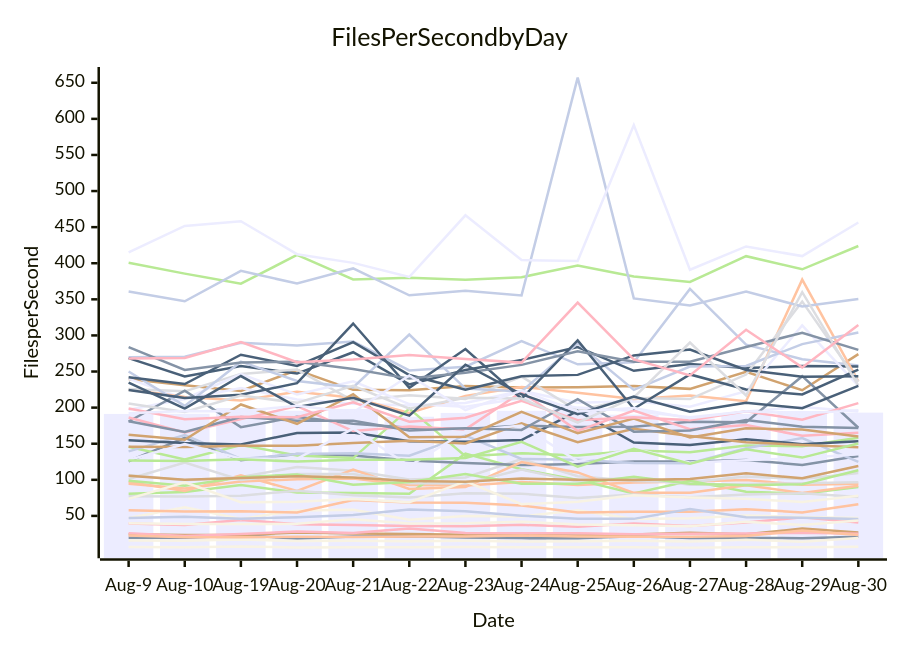
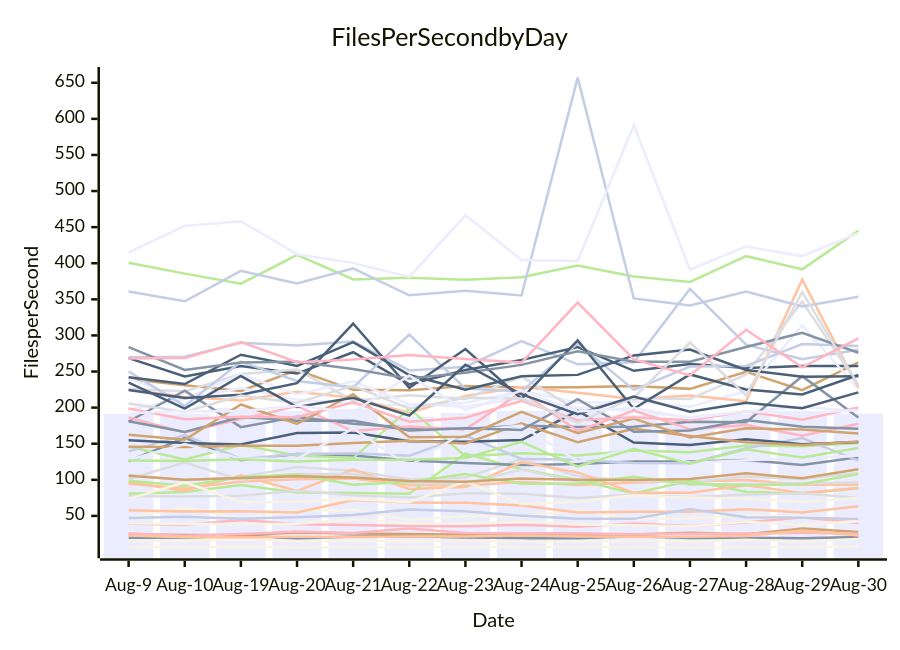
Before and after one commit to streetsidesoftware/cspell: the diagram in perf-report.md, drawn with Mermaid. The commit also changed other lines of this file and 2 other files, not shown here.

````diff
--- a/perf-report.md
+++ b/perf-report.md
@@ -11,57 +11,57 @@
 ```mermaid
 xychart-beta
     title Files Per Second by Day
     y-axis Files per Second
     x-axis Date [Aug-9, Aug-10, Aug-19, Aug-20, Aug-21, Aug-22, Aug-23, Aug-24, Aug-25, Aug-26, Aug-27, Aug-28, Aug-29, Aug-30]
-    bar [191.27, 191.48, 199.45, 195.67, 198.22, 187.40, 192.61, 195.61, 200.69, 190.24, 185.15, 191.23, 195.37, 193.07]
-    line [19.76, 19.87, 23.15, 18.80, 21.30, 21.70, 20.11, 19.24, 18.97, 21.74, 19.44, 19.50, 19.20, 21.11]
-    line [94.45, 88.13, 97.66, 100.71, 101.93, 92.80, 92.11, 97.07, 92.83, 96.14, 97.78, 99.79, 92.99, 94.51]
-    line [106.66, 99.38, 103.80, 117.71, 112.47, 100.50, 103.30, 128.71, 104.89, 98.28, 96.78, 104.60, 101.13, 109.36]
-    line [80.61, 83.15, 92.81, 82.44, 81.86, 80.75, 136.22, 114.72, 99.92, 81.00, 98.60, 83.62, 80.81, 90.17]
-    line [239.79, 231.09, 223.10, 252.00, 224.60, 224.17, 230.06, 227.93, 228.22, 229.99, 225.97, 249.68, 224.12, 274.11]
-    line [269.81, 270.47, 289.77, 286.14, 291.59, 251.52, 256.69, 292.19, 260.02, 262.94, 364.38, 287.21, 267.07, 258.44]
-    line [39.52, 37.52, 44.46, 38.46, 37.42, 35.96, 35.65, 37.61, 34.82, 39.47, 36.12, 40.86, 48.01, 41.02]
-    line [268.54, 243.09, 257.77, 247.18, 276.72, 232.23, 252.08, 266.01, 283.94, 251.01, 260.27, 254.92, 257.60, 257.07]
-    line [6.78, 6.60, 7.51, 6.38, 6.72, 6.55, 6.77, 6.55, 6.58, 6.64, 6.06, 6.53, 6.57, 7.29]
-    line [240.17, 211.99, 227.00, 211.38, 205.51, 203.10, 206.43, 223.33, 206.89, 208.72, 201.20, 222.72, 313.85, 230.17]
-    line [125.68, 158.27, 127.25, 135.61, 133.76, 126.70, 123.28, 120.42, 121.90, 125.42, 125.26, 127.33, 120.64, 133.06]
-    line [225.24, 214.74, 210.02, 221.88, 213.58, 192.56, 216.27, 228.68, 220.47, 211.98, 216.89, 208.83, 377.28, 236.35]
-    line [225.91, 222.58, 246.74, 252.74, 209.47, 217.12, 212.13, 242.98, 195.81, 213.43, 211.78, 245.83, 346.89, 235.91]
-    line [145.75, 128.32, 148.05, 133.76, 130.09, 198.58, 132.66, 136.89, 133.84, 140.74, 138.14, 147.54, 146.55, 158.33]
-    line [24.65, 23.72, 23.68, 26.94, 25.51, 24.79, 23.76, 23.53, 22.75, 24.32, 26.78, 24.44, 32.43, 27.16]
-    line [139.45, 161.93, 128.87, 135.71, 136.66, 133.36, 161.38, 128.87, 127.62, 123.35, 123.11, 143.71, 157.94, 124.91]
-    line [25.95, 22.03, 24.86, 28.29, 26.21, 32.71, 26.20, 26.09, 26.00, 24.43, 25.37, 25.72, 26.51, 25.43]
-    line [154.75, 150.93, 149.02, 164.86, 165.64, 153.35, 152.64, 155.02, 195.52, 151.70, 148.17, 156.31, 149.39, 153.30]
-    line [15.80, 15.53, 17.25, 15.28, 15.49, 14.84, 15.46, 14.39, 15.01, 15.63, 14.69, 17.08, 14.10, 19.31]
-    line [196.97, 211.99, 246.59, 218.10, 236.31, 204.94, 201.38, 212.81, 200.01, 195.34, 186.50, 194.59, 201.00, 194.59]
-    line [180.75, 223.35, 172.94, 187.16, 177.68, 172.01, 170.49, 175.09, 173.22, 173.59, 180.48, 179.74, 243.56, 172.13]
-    line [96.93, 84.41, 106.12, 84.61, 114.12, 87.31, 89.99, 124.55, 110.24, 81.92, 82.24, 92.49, 81.67, 91.81]
-    line [77.16, 76.75, 77.91, 84.91, 78.76, 75.34, 81.46, 80.77, 74.97, 79.78, 75.90, 79.64, 81.40, 76.15]
-    line [400.74, 385.62, 371.65, 411.46, 377.61, 379.88, 377.18, 380.64, 396.91, 381.52, 374.08, 409.79, 391.59, 423.86]
-    line [145.79, 145.58, 147.10, 147.08, 151.07, 153.94, 150.27, 178.09, 152.08, 170.66, 160.71, 152.01, 148.28, 144.95]
-    line [249.96, 202.34, 263.67, 236.99, 228.06, 301.20, 226.40, 222.40, 289.06, 224.56, 256.87, 257.70, 287.97, 304.07]
-    line [186.27, 165.43, 184.07, 202.12, 167.51, 173.85, 169.85, 221.75, 167.75, 195.90, 170.00, 175.89, 161.05, 165.11]
-    line [224.37, 213.27, 217.89, 233.79, 316.48, 227.32, 281.23, 212.31, 293.11, 198.49, 245.94, 225.24, 218.17, 252.69]
-    line [47.00, 61.84, 45.89, 57.63, 58.67, 44.77, 49.92, 49.06, 57.90, 45.60, 46.71, 50.51, 48.37, 46.96]
-    line [127.47, 149.55, 129.16, 129.10, 170.99, 119.13, 167.47, 175.06, 125.57, 143.51, 123.67, 127.21, 130.16, 135.32]
-    line [181.18, 166.12, 186.93, 181.85, 181.88, 168.34, 171.35, 169.12, 211.70, 166.64, 168.34, 182.86, 173.63, 171.74]
-    line [57.90, 56.15, 56.35, 54.76, 71.89, 68.47, 68.09, 64.39, 54.76, 55.64, 55.71, 59.28, 54.85, 66.27]
-    line [101.07, 123.80, 99.87, 108.06, 107.98, 95.34, 94.96, 114.12, 97.84, 103.09, 93.25, 94.27, 95.28, 96.69]
-    line [98.84, 91.76, 103.43, 107.49, 93.08, 97.11, 107.90, 94.53, 94.47, 104.38, 94.67, 92.38, 93.95, 113.24]
-    line [162.48, 155.40, 204.32, 177.59, 218.64, 159.00, 159.79, 194.26, 164.45, 184.75, 158.60, 171.47, 169.60, 160.03]
-    line [360.76, 347.31, 389.41, 371.89, 392.82, 355.53, 361.83, 355.43, 657.12, 351.25, 341.51, 360.76, 340.11, 350.62]
-    line [198.91, 184.05, 187.41, 186.67, 207.48, 180.49, 185.92, 209.38, 182.67, 186.49, 182.43, 194.97, 183.27, 206.19]
-    line [242.10, 232.62, 273.32, 257.69, 290.62, 245.10, 224.83, 243.49, 245.36, 272.30, 280.33, 252.18, 242.64, 243.56]
-    line [73.60, 96.61, 68.89, 69.48, 73.38, 68.77, 97.84, 66.15, 69.59, 78.77, 75.57, 73.80, 69.15, 77.78]
-    line [415.14, 451.69, 458.22, 412.53, 400.53, 380.98, 466.37, 404.40, 403.18, 591.49, 390.96, 423.25, 409.89, 456.41]
-    line [283.77, 252.09, 262.36, 263.68, 253.37, 240.18, 248.22, 259.20, 278.18, 263.50, 263.68, 284.05, 303.63, 279.94]
-    line [22.84, 20.59, 20.47, 21.22, 20.90, 21.42, 21.40, 22.88, 21.36, 21.22, 21.19, 22.04, 29.75, 23.68]
-    line [205.56, 193.98, 216.67, 206.61, 230.20, 198.53, 213.69, 212.64, 179.07, 214.07, 290.22, 216.81, 359.94, 230.44]
-    line [126.64, 126.17, 128.45, 125.27, 127.94, 127.77, 130.20, 152.67, 118.34, 143.02, 122.15, 142.33, 130.77, 150.29]
-    line [105.46, 100.11, 102.43, 104.89, 103.21, 98.21, 97.36, 101.78, 100.00, 99.58, 101.28, 109.08, 102.06, 119.25]
-    line [47.26, 48.66, 46.00, 48.26, 51.42, 58.83, 56.30, 50.38, 45.97, 45.91, 59.43, 48.16, 47.53, 45.73]
-    line [268.09, 268.70, 290.78, 262.94, 266.60, 272.93, 267.45, 262.37, 345.57, 266.69, 244.68, 307.76, 255.74, 314.42]
-    line [234.76, 198.61, 243.75, 200.90, 213.71, 188.91, 259.37, 218.53, 190.79, 215.33, 194.36, 206.72, 199.24, 230.04]
-    line [39.98, 38.63, 38.64, 39.11, 45.24, 39.50, 39.66, 42.07, 38.23, 36.94, 35.58, 41.81, 37.53, 43.79]
-    line [192.03, 195.48, 194.87, 202.54, 193.62, 244.63, 196.70, 223.56, 194.58, 199.46, 185.25, 194.89, 191.72, 196.44]
+    bar [191.27, 191.48, 199.45, 195.67, 198.22, 187.40, 192.61, 195.61, 200.69, 190.24, 185.15, 191.23, 195.37, 191.74]
+    line [19.76, 19.87, 23.15, 18.80, 21.30, 21.70, 20.11, 19.24, 18.97, 21.74, 19.44, 19.50, 19.20, 20.73]
+    line [94.45, 88.13, 97.66, 100.71, 101.93, 92.80, 92.11, 97.07, 92.83, 96.14, 97.78, 99.79, 92.99, 93.36]
+    line [106.66, 99.38, 103.80, 117.71, 112.47, 100.50, 103.30, 128.71, 104.89, 98.28, 96.78, 104.60, 101.13, 109.45]
+    line [80.61, 83.15, 92.81, 82.44, 81.86, 80.75, 136.22, 114.72, 99.92, 81.00, 98.60, 83.62, 80.81, 88.25]
+    line [239.79, 231.09, 223.10, 252.00, 224.60, 224.17, 230.06, 227.93, 228.22, 229.99, 225.97, 249.68, 224.12, 262.60]
+    line [269.81, 270.47, 289.77, 286.14, 291.59, 251.52, 256.69, 292.19, 260.02, 262.94, 364.38, 287.21, 267.07, 280.17]
+    line [39.52, 37.52, 44.46, 38.46, 37.42, 35.96, 35.65, 37.61, 34.82, 39.47, 36.12, 40.86, 48.01, 40.27]
+    line [268.54, 243.09, 257.77, 247.18, 276.72, 232.23, 252.08, 266.01, 283.94, 251.01, 260.27, 254.92, 257.60, 257.72]
+    line [6.78, 6.60, 7.51, 6.38, 6.72, 6.55, 6.77, 6.55, 6.58, 6.64, 6.06, 6.53, 6.57, 7.52]
+    line [240.17, 211.99, 227.00, 211.38, 205.51, 203.10, 206.43, 223.33, 206.89, 208.72, 201.20, 222.72, 313.85, 225.83]
+    line [125.68, 158.27, 127.25, 135.61, 133.76, 126.70, 123.28, 120.42, 121.90, 125.42, 125.26, 127.33, 120.64, 131.40]
+    line [225.24, 214.74, 210.02, 221.88, 213.58, 192.56, 216.27, 228.68, 220.47, 211.98, 216.89, 208.83, 377.28, 227.87]
+    line [225.91, 222.58, 246.74, 252.74, 209.47, 217.12, 212.13, 242.98, 195.81, 213.43, 211.78, 245.83, 346.89, 231.11]
+    line [145.75, 128.32, 148.05, 133.76, 130.09, 198.58, 132.66, 136.89, 133.84, 140.74, 138.14, 147.54, 146.55, 151.16]
+    line [24.65, 23.72, 23.68, 26.94, 25.51, 24.79, 23.76, 23.53, 22.75, 24.32, 26.78, 24.44, 32.43, 27.83]
+    line [139.45, 161.93, 128.87, 135.71, 136.66, 133.36, 161.38, 128.87, 127.62, 123.35, 123.11, 143.71, 157.94, 126.45]
+    line [25.95, 22.03, 24.86, 28.29, 26.21, 32.71, 26.20, 26.09, 26.00, 24.43, 25.37, 25.72, 26.51, 25.38]
+    line [154.75, 150.93, 149.02, 164.86, 165.64, 153.35, 152.64, 155.02, 195.52, 151.70, 148.17, 156.31, 149.39, 152.39]
+    line [15.80, 15.53, 17.25, 15.28, 15.49, 14.84, 15.46, 14.39, 15.01, 15.63, 14.69, 17.08, 14.10, 18.05]
+    line [196.97, 211.99, 246.59, 218.10, 236.31, 204.94, 201.38, 212.81, 200.01, 195.34, 186.50, 194.59, 201.00, 195.28]
+    line [180.75, 223.35, 172.94, 187.16, 177.68, 172.01, 170.49, 175.09, 173.22, 173.59, 180.48, 179.74, 243.56, 186.42]
+    line [96.93, 84.41, 106.12, 84.61, 114.12, 87.31, 89.99, 124.55, 110.24, 81.92, 82.24, 92.49, 81.67, 88.72]
+    line [77.16, 76.75, 77.91, 84.91, 78.76, 75.34, 81.46, 80.77, 74.97, 79.78, 75.90, 79.64, 81.40, 74.87]
+    line [400.74, 385.62, 371.65, 411.46, 377.61, 379.88, 377.18, 380.64, 396.91, 381.52, 374.08, 409.79, 391.59, 445.08]
+    line [145.79, 145.58, 147.10, 147.08, 151.07, 153.94, 150.27, 178.09, 152.08, 170.66, 160.71, 152.01, 148.28, 153.10]
+    line [249.96, 202.34, 263.67, 236.99, 228.06, 301.20, 226.40, 222.40, 289.06, 224.56, 256.87, 257.70, 287.97, 285.39]
+    line [186.27, 165.43, 184.07, 202.12, 167.51, 173.85, 169.85, 221.75, 167.75, 195.90, 170.00, 175.89, 161.05, 177.57]
+    line [224.37, 213.27, 217.89, 233.79, 316.48, 227.32, 281.23, 212.31, 293.11, 198.49, 245.94, 225.24, 218.17, 245.25]
+    line [47.00, 61.84, 45.89, 57.63, 58.67, 44.77, 49.92, 49.06, 57.90, 45.60, 46.71, 50.51, 48.37, 46.56]
+    line [127.47, 149.55, 129.16, 129.10, 170.99, 119.13, 167.47, 175.06, 125.57, 143.51, 123.67, 127.21, 130.16, 133.68]
+    line [181.18, 166.12, 186.93, 181.85, 181.88, 168.34, 171.35, 169.12, 211.70, 166.64, 168.34, 182.86, 173.63, 170.89]
+    line [57.90, 56.15, 56.35, 54.76, 71.89, 68.47, 68.09, 64.39, 54.76, 55.64, 55.71, 59.28, 54.85, 63.52]
+    line [101.07, 123.80, 99.87, 108.06, 107.98, 95.34, 94.96, 114.12, 97.84, 103.09, 93.25, 94.27, 95.28, 96.43]
+    line [98.84, 91.76, 103.43, 107.49, 93.08, 97.11, 107.90, 94.53, 94.47, 104.38, 94.67, 92.38, 93.95, 107.95]
+    line [162.48, 155.40, 204.32, 177.59, 218.64, 159.00, 159.79, 194.26, 164.45, 184.75, 158.60, 171.47, 169.60, 164.23]
+    line [360.76, 347.31, 389.41, 371.89, 392.82, 355.53, 361.83, 355.43, 657.12, 351.25, 341.51, 360.76, 340.11, 353.59]
+    line [198.91, 184.05, 187.41, 186.67, 207.48, 180.49, 185.92, 209.38, 182.67, 186.49, 182.43, 194.97, 183.27, 200.10]
+    line [242.10, 232.62, 273.32, 257.69, 290.62, 245.10, 224.83, 243.49, 245.36, 272.30, 280.33, 252.18, 242.64, 243.53]
+    line [73.60, 96.61, 68.89, 69.48, 73.38, 68.77, 97.84, 66.15, 69.59, 78.77, 75.57, 73.80, 69.15, 74.94]
+    line [415.14, 451.69, 458.22, 412.53, 400.53, 380.98, 466.37, 404.40, 403.18, 591.49, 390.96, 423.25, 409.89, 441.73]
+    line [283.77, 252.09, 262.36, 263.68, 253.37, 240.18, 248.22, 259.20, 278.18, 263.50, 263.68, 284.05, 303.63, 276.04]
+    line [22.84, 20.59, 20.47, 21.22, 20.90, 21.42, 21.40, 22.88, 21.36, 21.22, 21.19, 22.04, 29.75, 22.71]
+    line [205.56, 193.98, 216.67, 206.61, 230.20, 198.53, 213.69, 212.64, 179.07, 214.07, 290.22, 216.81, 359.94, 231.63]
+    line [126.64, 126.17, 128.45, 125.27, 127.94, 127.77, 130.20, 152.67, 118.34, 143.02, 122.15, 142.33, 130.77, 144.08]
+    line [105.46, 100.11, 102.43, 104.89, 103.21, 98.21, 97.36, 101.78, 100.00, 99.58, 101.28, 109.08, 102.06, 114.62]
+    line [47.26, 48.66, 46.00, 48.26, 51.42, 58.83, 56.30, 50.38, 45.97, 45.91, 59.43, 48.16, 47.53, 45.87]
+    line [268.09, 268.70, 290.78, 262.94, 266.60, 272.93, 267.45, 262.37, 345.57, 266.69, 244.68, 307.76, 255.74, 295.87]
+    line [234.76, 198.61, 243.75, 200.90, 213.71, 188.91, 259.37, 218.53, 190.79, 215.33, 194.36, 206.72, 199.24, 221.08]
+    line [39.98, 38.63, 38.64, 39.11, 45.24, 39.50, 39.66, 42.07, 38.23, 36.94, 35.58, 41.81, 37.53, 42.47]
+    line [192.03, 195.48, 194.87, 202.54, 193.62, 244.63, 196.70, 223.56, 194.58, 199.46, 185.25, 194.89, 191.72, 196.76]
 ```
````
